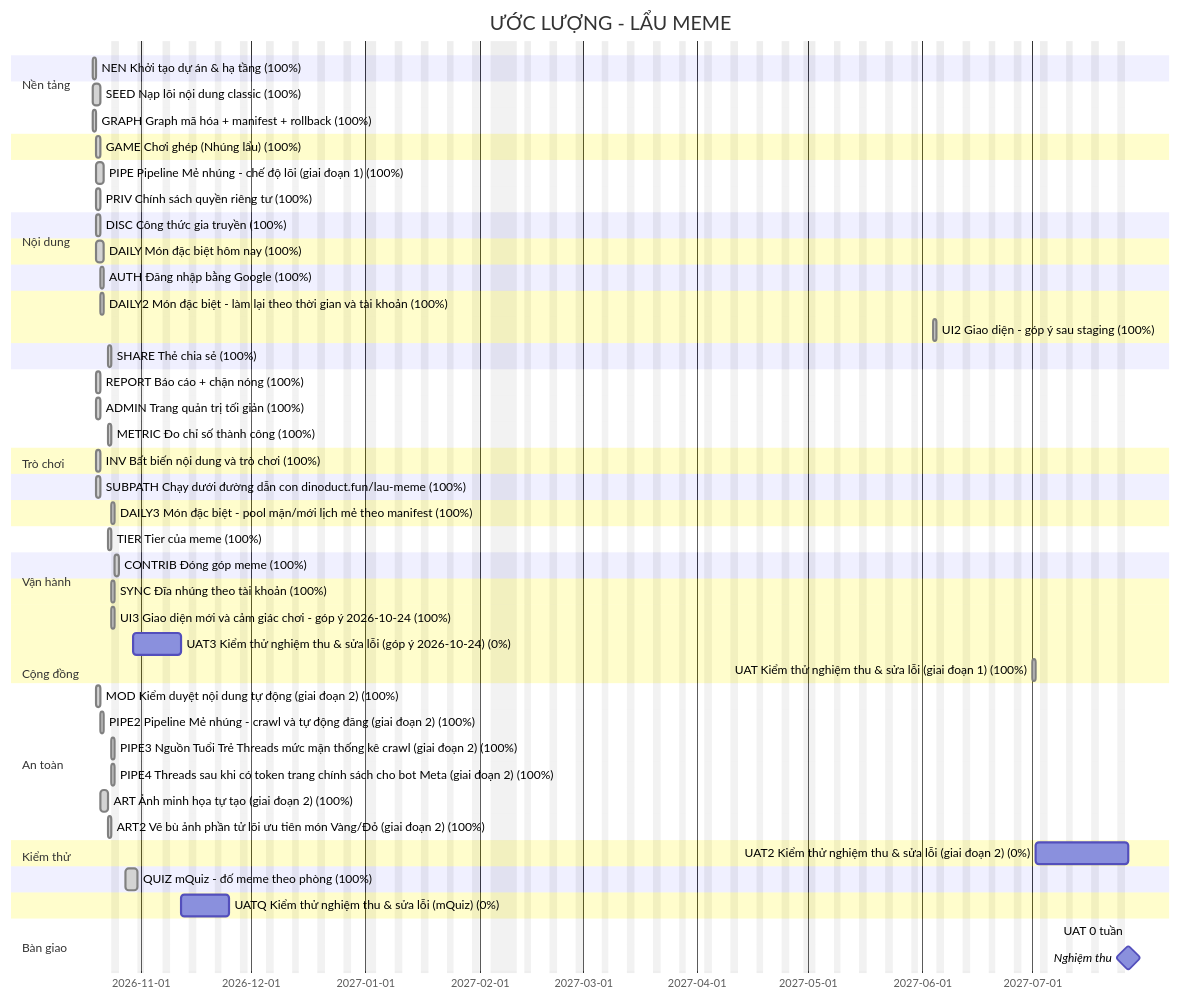
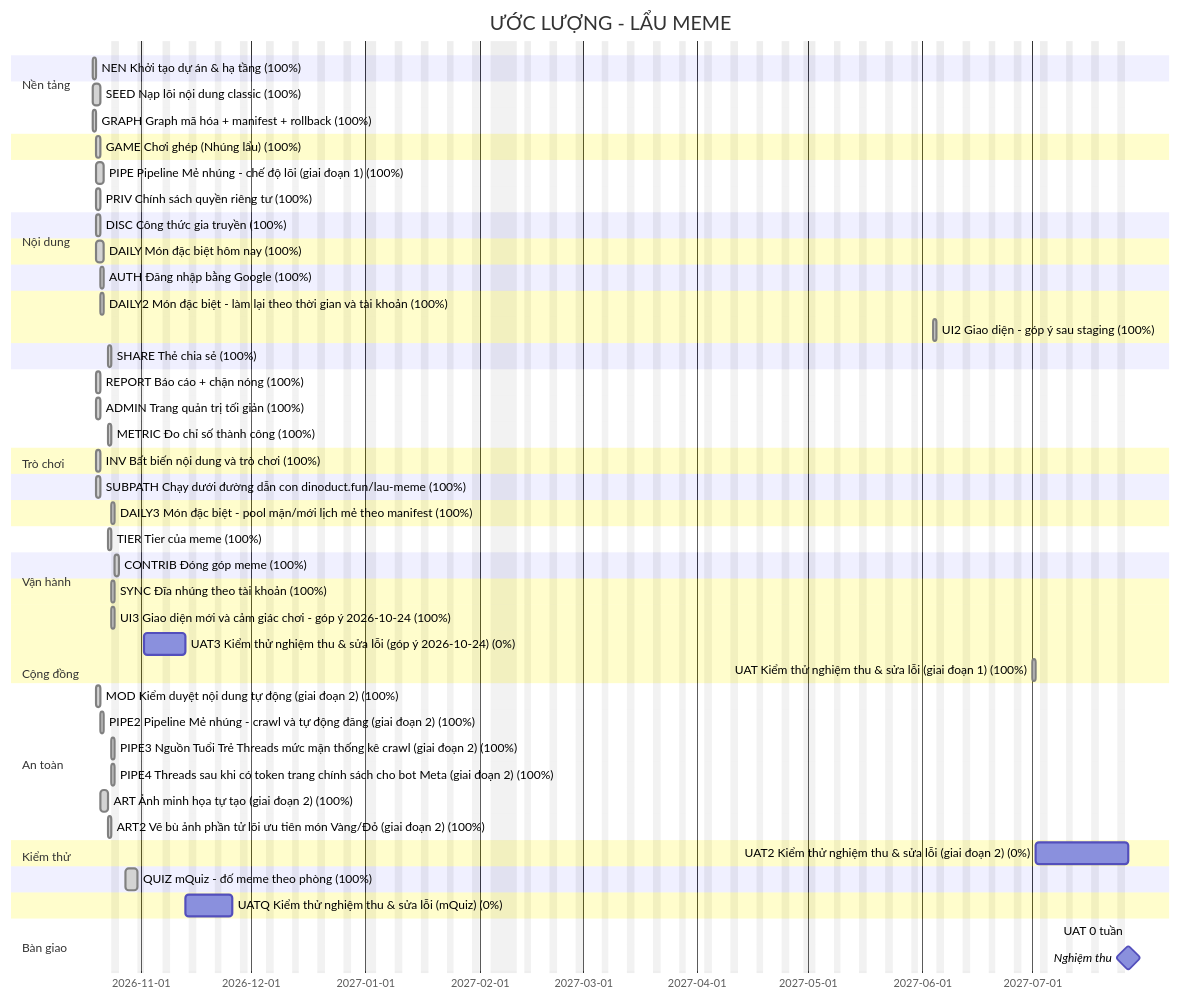
The diagram in docs/plan/gantt.md (thucnq/lau-meme), drawn with Mermaid before and after one commit. The commit also changed 4 other files, not shown here.

````diff
--- a/docs/plan/gantt.md
+++ b/docs/plan/gantt.md
@@ -5,66 +5,66 @@
 ```mermaid
 gantt
     title ƯỚC LƯỢNG - LẨU MEME
     dateFormat YYYY-MM-DD
     excludes weekends, 2027-01-01, 2027-02-04, 2027-02-05, 2027-02-06, 2027-02-07, 2027-02-08, 2027-02-09, 2027-02-10, 2027-04-30, 2027-05-01, 2027-09-02
     todayMarker stroke-width:2px,stroke:#d33
     section Nền tảng
     NEN Khởi tạo dự án & hạ tầng (100%) :done, NEN, 2026-10-19, 1d
     section Nội dung
     SEED Nạp lõi nội dung classic (100%) :done, SEED, 2026-10-19, 2d
     GRAPH Graph mã hóa + manifest + rollback (100%) :done, GRAPH, 2026-10-19, 1d
     section Trò chơi
     GAME Chơi ghép (Nhúng lẩu) (100%) :done, GAME, 2026-10-20, 1d
     section Nội dung
     PIPE Pipeline Mẻ nhúng - chế độ lõi (giai đoạn 1) (100%) :done, PIPE, 2026-10-20, 2d
     section Vận hành
     PRIV Chính sách quyền riêng tư (100%) :done, PRIV, 2026-10-20, 1d
     section Cộng đồng
     DISC Công thức gia truyền (100%) :done, DISC, 2026-10-20, 1d
     section Trò chơi
     DAILY Món đặc biệt hôm nay (100%) :done, DAILY, 2026-10-20, 2d
     section Cộng đồng
     AUTH Đăng nhập bằng Google (100%) :done, AUTH, 2026-10-21, 1d
     section Trò chơi
     DAILY2 Món đặc biệt - làm lại theo thời gian và tài khoản (100%) :done, DAILY2, 2026-10-21, 1d
     UI2 Giao diện - góp ý sau staging (100%) :done, UI2, 2027-06-04, 1d
     section Cộng đồng
     SHARE Thẻ chia sẻ (100%) :done, SHARE, 2026-10-23, 1d
     section An toàn
     REPORT Báo cáo + chặn nóng (100%) :done, REPORT, 2026-10-20, 1d
     ADMIN Trang quản trị tối giản (100%) :done, ADMIN, 2026-10-20, 1d
     section Vận hành
     METRIC Đo chỉ số thành công (100%) :done, METRIC, 2026-10-23, 1d
     section Kiểm thử
     INV Bất biến nội dung và trò chơi (100%) :done, INV, 2026-10-20, 1d
     section Nền tảng
     SUBPATH Chạy dưới đường dẫn con dinoduct.fun/lau-meme (100%) :done, SUBPATH, 2026-10-20, 1d
     section Trò chơi
     DAILY3 Món đặc biệt - pool mặn/mới  lịch mẻ theo manifest (100%) :done, DAILY3, 2026-10-24, 1d
     section Nội dung
     TIER Tier của meme (100%) :done, TIER, 2026-10-23, 1d
     section Cộng đồng
     CONTRIB Đóng góp meme (100%) :done, CONTRIB, 2026-10-25, 1d
     section Trò chơi
     SYNC Đĩa nhúng theo tài khoản (100%) :done, SYNC, 2026-10-24, 1d
     UI3 Giao diện mới và cảm giác chơi - góp ý 2026-10-24 (100%) :done, UI3, 2026-10-24, 1d
     section Kiểm thử
-    UAT3 Kiểm thử nghiệm thu & sửa lỗi (góp ý 2026-10-24) (0%) :UAT3, 2026-10-30, 9d
+    UAT3 Kiểm thử nghiệm thu & sửa lỗi (góp ý 2026-10-24) (0%) :UAT3, 2026-11-02, 9d
     UAT Kiểm thử nghiệm thu & sửa lỗi (giai đoạn 1) (100%) :done, UAT, 2027-07-01, 1d
     section Nội dung
     MOD Kiểm duyệt nội dung tự động (giai đoạn 2) (100%) :done, MOD, 2026-10-20, 1d
     PIPE2 Pipeline Mẻ nhúng - crawl và tự động đăng (giai đoạn 2) (100%) :done, PIPE2, 2026-10-21, 1d
     PIPE3 Nguồn Tuổi Trẻ  Threads  mức mặn  thống kê crawl (giai đoạn 2) (100%) :done, PIPE3, 2026-10-24, 1d
     PIPE4 Threads sau khi có token  trang chính sách cho bot Meta (giai đoạn 2) (100%) :done, PIPE4, 2026-10-24, 1d
     ART Ảnh minh họa tự tạo (giai đoạn 2) (100%) :done, ART, 2026-10-21, 2d
     ART2 Vẽ bù ảnh phần tử lõi  ưu tiên món Vàng/Đỏ (giai đoạn 2) (100%) :done, ART2, 2026-10-23, 1d
     section Kiểm thử
     UAT2 Kiểm thử nghiệm thu & sửa lỗi (giai đoạn 2) (0%) :UAT2, 2027-07-02, 17d
     section Cộng đồng
     QUIZ mQuiz - đố meme theo phòng (100%) :done, QUIZ, 2026-10-28, 3d
     section Kiểm thử
-    UATQ Kiểm thử nghiệm thu & sửa lỗi (mQuiz) (0%) :UATQ, 2026-11-12, 9d
+    UATQ Kiểm thử nghiệm thu & sửa lỗi (mQuiz) (0%) :UATQ, 2026-11-13, 9d
     section Bàn giao
     UAT 0 tuần :uat, 2027-07-27, 0d
     Nghiệm thu :milestone, 2027-07-27, 0d
 ```
````
